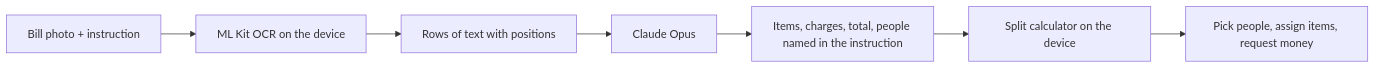
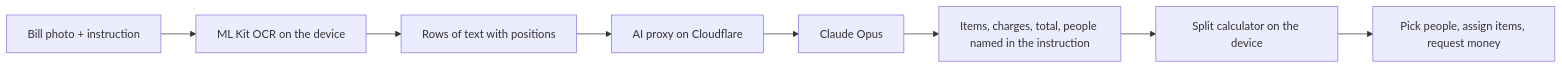
Before and after one commit to dantech0xff/split-bill-poc: the diagram in README.md, drawn with Mermaid. The commit also changed other lines of this file and 5 other files, not shown here.

````diff
--- a/README.md
+++ b/README.md
@@ -11,9 +12,10 @@
 ```mermaid
 flowchart LR
     A[Bill photo + instruction] --> B[ML Kit OCR on the device]
     B --> C[Rows of text with positions]
-    C --> D[Claude Opus]
+    C --> P[AI proxy on Cloudflare]
+    P --> D[Claude Opus]
     D --> E[Items, charges, total, people named in the instruction]
     E --> F[Split calculator on the device]
     F --> G[Pick people, assign items, request money]
 ```
````
